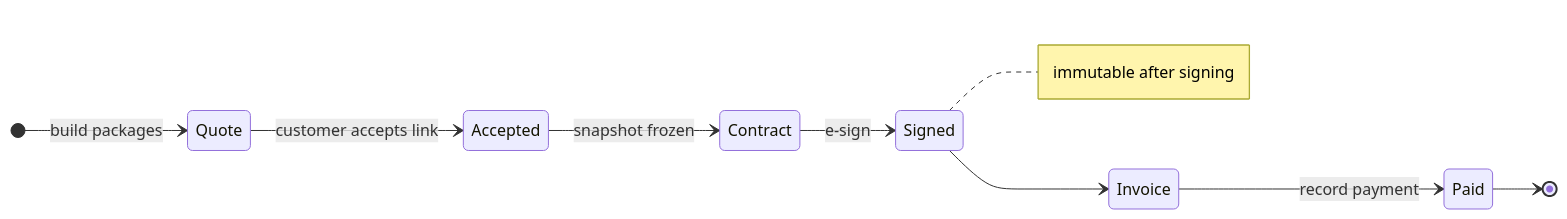
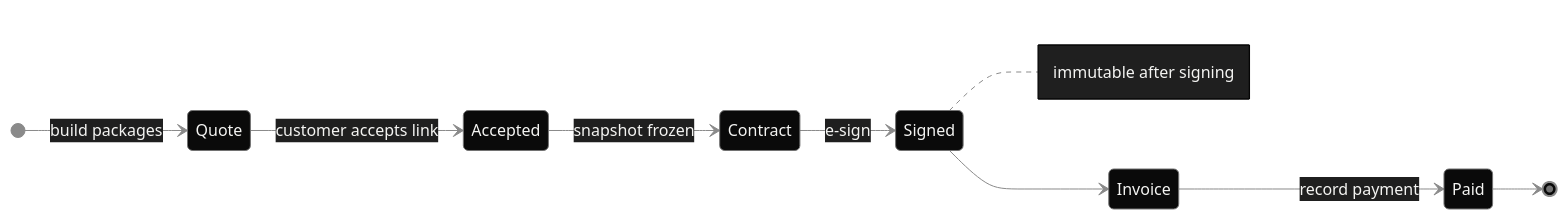
One commit to F0rger123/Agency-Zero changed the second of 3 diagrams in README.md. Above: the diagram before and after it, drawn with Mermaid. The commit also changed other lines of this file and 6 other files, not shown here.

````diff
--- a/README.md
+++ b/README.md
@@ -75,12 +92,13 @@
 ```mermaid
+%%{init: {'theme':'base','themeVariables':{'primaryColor':'#0a0a0a','primaryTextColor':'#f4f4f2','primaryBorderColor':'#737373','lineColor':'#8a8a8a','secondaryColor':'#1f1f1f','tertiaryColor':'#141414','clusterBkg':'transparent','clusterBorder':'#737373','noteBkgColor':'#1f1f1f','noteTextColor':'#f4f4f2','actorBkg':'#0a0a0a','actorTextColor':'#f4f4f2','actorBorder':'#737373','signalColor':'#8a8a8a','signalTextColor':'#8a8a8a','labelBoxBkgColor':'#0a0a0a','fontFamily':'inherit'}}}%%
 stateDiagram-v2
     direction LR
     [*] --> Quote: build packages
     Quote --> Accepted: customer accepts link
     Accepted --> Contract: snapshot frozen
     Contract --> Signed: e-sign
     Signed --> Invoice
     Invoice --> Paid: record payment
     Paid --> [*]
     note right of Signed: immutable after signing
 ```
````
